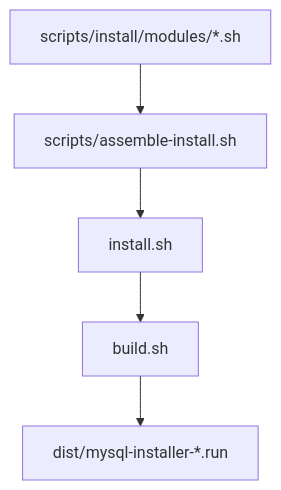
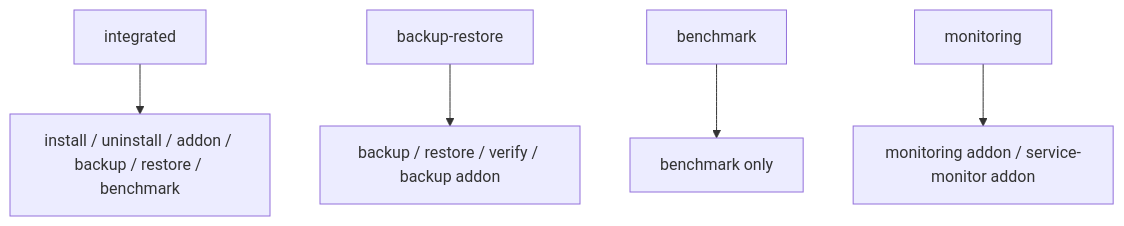
One commit to archinfra/apps_mysql changed the second of 2 diagrams in docs/ARCHITECTURE.zh-CN.md. Above: the diagram before and after it, drawn with Mermaid. The commit also changed other lines of this file and 23 other files, not shown here.

````diff
--- a/docs/ARCHITECTURE.zh-CN.md
+++ b/docs/ARCHITECTURE.zh-CN.md
@@ -37,7 +38,7 @@
 ```mermaid
 flowchart TD
-    A["scripts/install/modules/*.sh"] --> B["scripts/assemble-install.sh"]
-    B --> C["install.sh"]
-    C --> D["build.sh"]
-    D --> E["dist/mysql-installer-*.run"]
+    A["integrated"] --> B["install / uninstall / addon / backup / restore / benchmark"]
+    C["backup-restore"] --> D["backup / restore / verify / backup addon"]
+    E["benchmark"] --> F["benchmark only"]
+    G["monitoring"] --> H["monitoring addon / service-monitor addon"]
 ```
````
